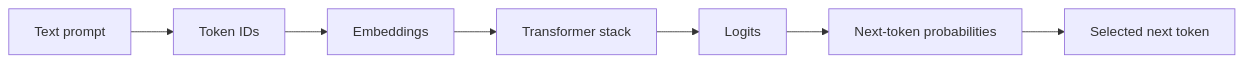
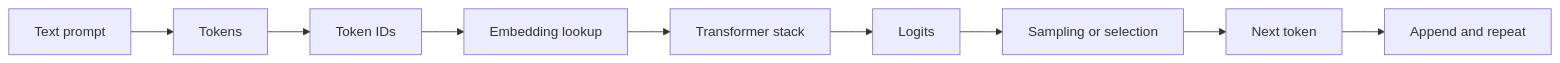
One commit to nawab-ali/mlsys-prep changed the first of 2 diagrams in llms/01_llm_fundamentals.md. Above: the diagram before and after it, drawn with Mermaid. The commit also changed other lines of this file and 5 other files, not shown here.

````diff
--- a/llms/01_llm_fundamentals.md
+++ b/llms/01_llm_fundamentals.md
@@ -69,9 +95,11 @@
 ```mermaid
 flowchart LR
-    A["Text prompt"] --> B["Token IDs"]
-    B --> C["Embeddings"]
-    C --> D["Transformer stack"]
-    D --> E["Logits"]
-    E --> F["Next-token probabilities"]
-    F --> G["Selected next token"]
+    A["Text prompt"] --> B["Tokens"]
+    B --> C["Token IDs"]
+    C --> D["Embedding lookup"]
+    D --> E["Transformer stack"]
+    E --> F["Logits"]
+    F --> G["Sampling or selection"]
+    G --> H["Next token"]
+    H --> I["Append and repeat"]
 ```
````
